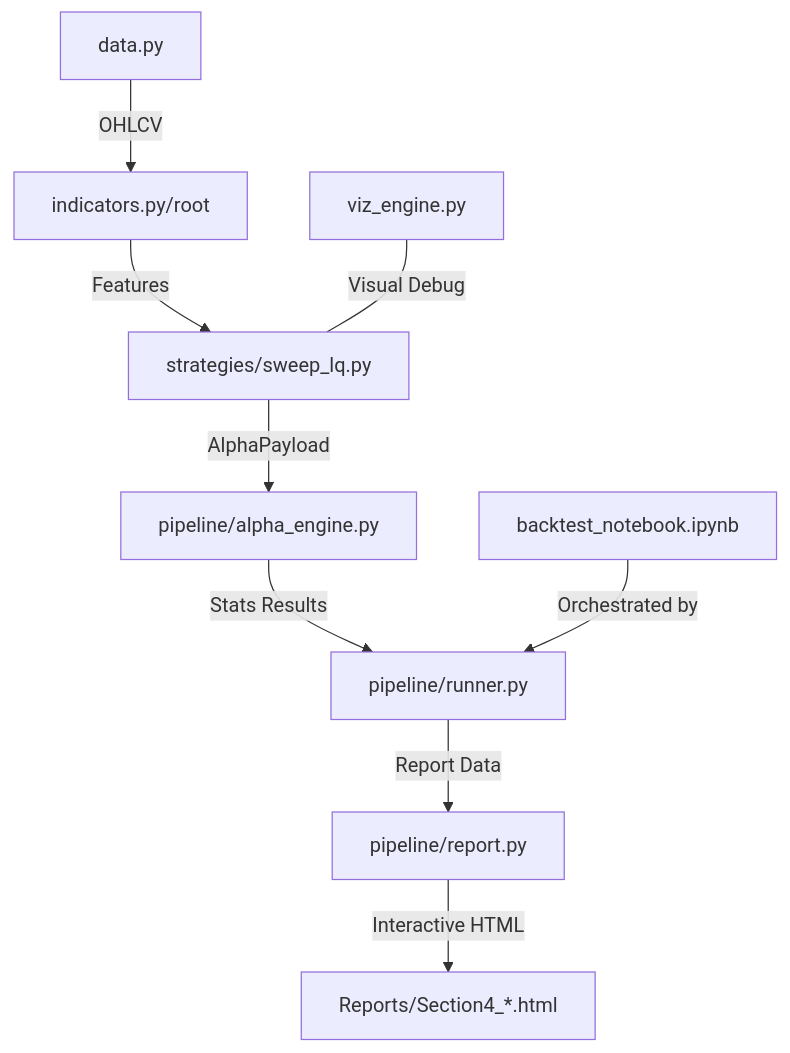
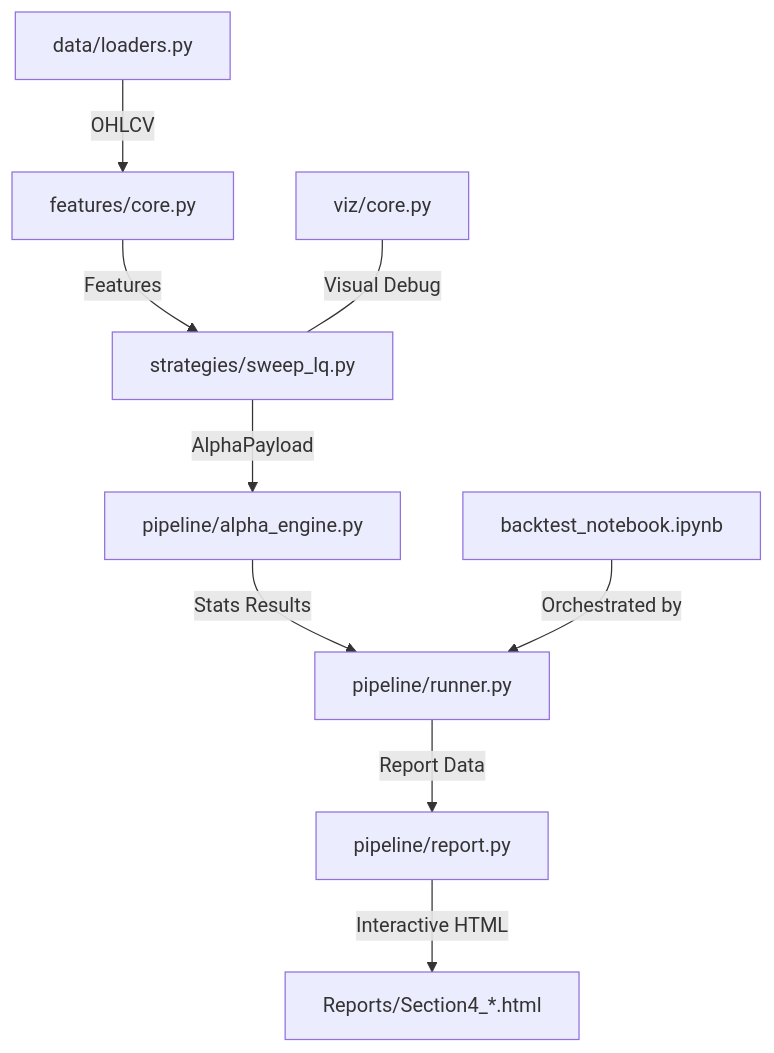
One commit to LucBrice/BACKTRADER changed the diagram in PROJECT_STATE.md. Above: the diagram before and after it, drawn with Mermaid. The commit also changed other lines of this file and 7 other files, not shown here.

````diff
--- a/PROJECT_STATE.md
+++ b/PROJECT_STATE.md
@@ -25,11 +25,11 @@
 ```mermaid
 graph TD
-    Data[data.py] -->|OHLCV| Ind[indicators.py/root]
-    Ind -->|Features| Strat[strategies/sweep_lq.py]
+    Data[data/loaders.py] -->|OHLCV| Feat[features/core.py]
+    Feat -->|Features| Strat[strategies/sweep_lq.py]
     Strat -->|AlphaPayload| Engine[pipeline/alpha_engine.py]
     Engine -->|Stats Results| Runner[pipeline/runner.py]
     Runner -->|Report Data| Rep[pipeline/report.py]
     Rep -->|Interactive HTML| HTML[Reports/Section4_*.html]
-    Viz[viz_engine.py] ---|Visual Debug| Strat
+    Viz[viz/core.py] ---|Visual Debug| Strat
     Notebook[backtest_notebook.ipynb] -->|Orchestrated by| Runner
 ```
````
